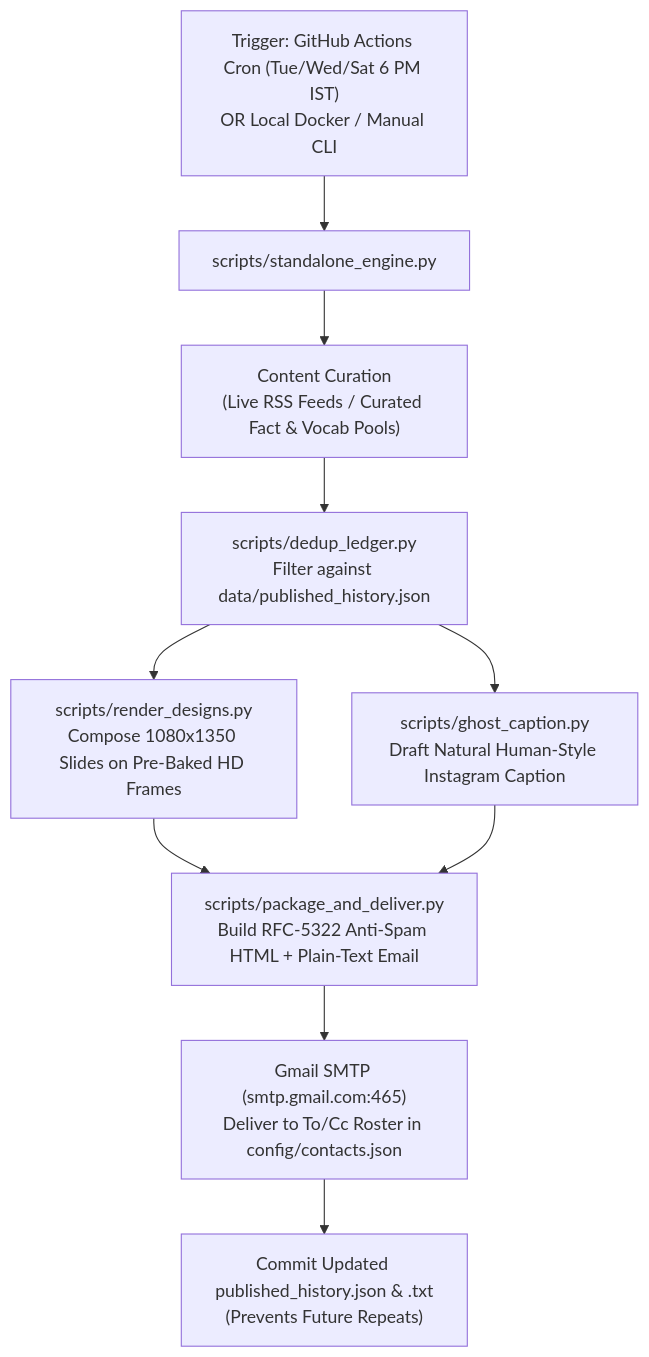
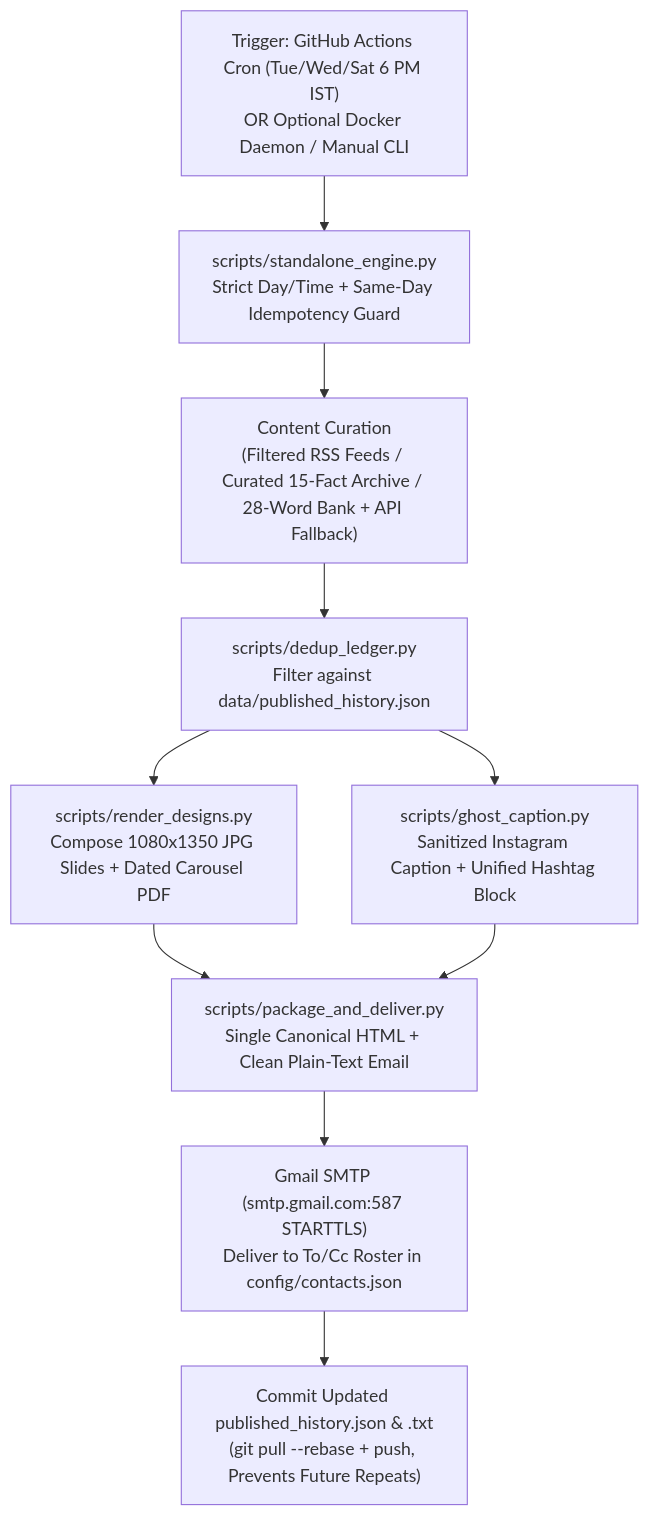
Before and after one commit to yashagrawall/bits-bytes-automation: the diagram in DOCUMENTATION.md, drawn with Mermaid. The commit also changed other lines of this file and 29 other files, not shown here.

Commit message:
fix: harden scheduling, email safety, entity decoding & untrack contacts

````diff
--- a/DOCUMENTATION.md
+++ b/DOCUMENTATION.md
@@ -33,12 +33,12 @@
 ```mermaid
 flowchart TD
-    A["Trigger: GitHub Actions Cron (Tue/Wed/Sat 6 PM IST)<br/>OR Local Docker / Manual CLI"] --> B["scripts/standalone_engine.py"]
-    B --> C["Content Curation<br/>(Live RSS Feeds / Curated Fact & Vocab Pools)"]
+    A["Trigger: GitHub Actions Cron (Tue/Wed/Sat 6 PM IST)<br/>OR Optional Docker Daemon / Manual CLI"] --> B["scripts/standalone_engine.py<br/>Strict Day/Time + Same-Day Idempotency Guard"]
+    B --> C["Content Curation<br/>(Filtered RSS Feeds / Curated 15-Fact Archive / 28-Word Bank + API Fallback)"]
     C --> D["scripts/dedup_ledger.py<br/>Filter against data/published_history.json"]
-    D --> E["scripts/render_designs.py<br/>Compose 1080x1350 Slides on Pre-Baked HD Frames"]
-    D --> F["scripts/ghost_caption.py<br/>Draft Natural Human-Style Instagram Caption"]
-    E --> G["scripts/package_and_deliver.py<br/>Build RFC-5322 Anti-Spam HTML + Plain-Text Email"]
+    D --> E["scripts/render_designs.py<br/>Compose 1080x1350 JPG Slides + Dated Carousel PDF"]
+    D --> F["scripts/ghost_caption.py<br/>Sanitized Instagram Caption + Unified Hashtag Block"]
+    E --> G["scripts/package_and_deliver.py<br/>Single Canonical HTML + Clean Plain-Text Email"]
     F --> G
-    G --> H["Gmail SMTP (smtp.gmail.com:465)<br/>Deliver to To/Cc Roster in config/contacts.json"]
-    H --> I["Commit Updated published_history.json & .txt<br/>(Prevents Future Repeats)"]
+    G --> H["Gmail SMTP (smtp.gmail.com:587 STARTTLS)<br/>Deliver to To/Cc Roster in config/contacts.json"]
+    H --> I["Commit Updated published_history.json & .txt<br/>(git pull --rebase + push, Prevents Future Repeats)"]
 ```
````
